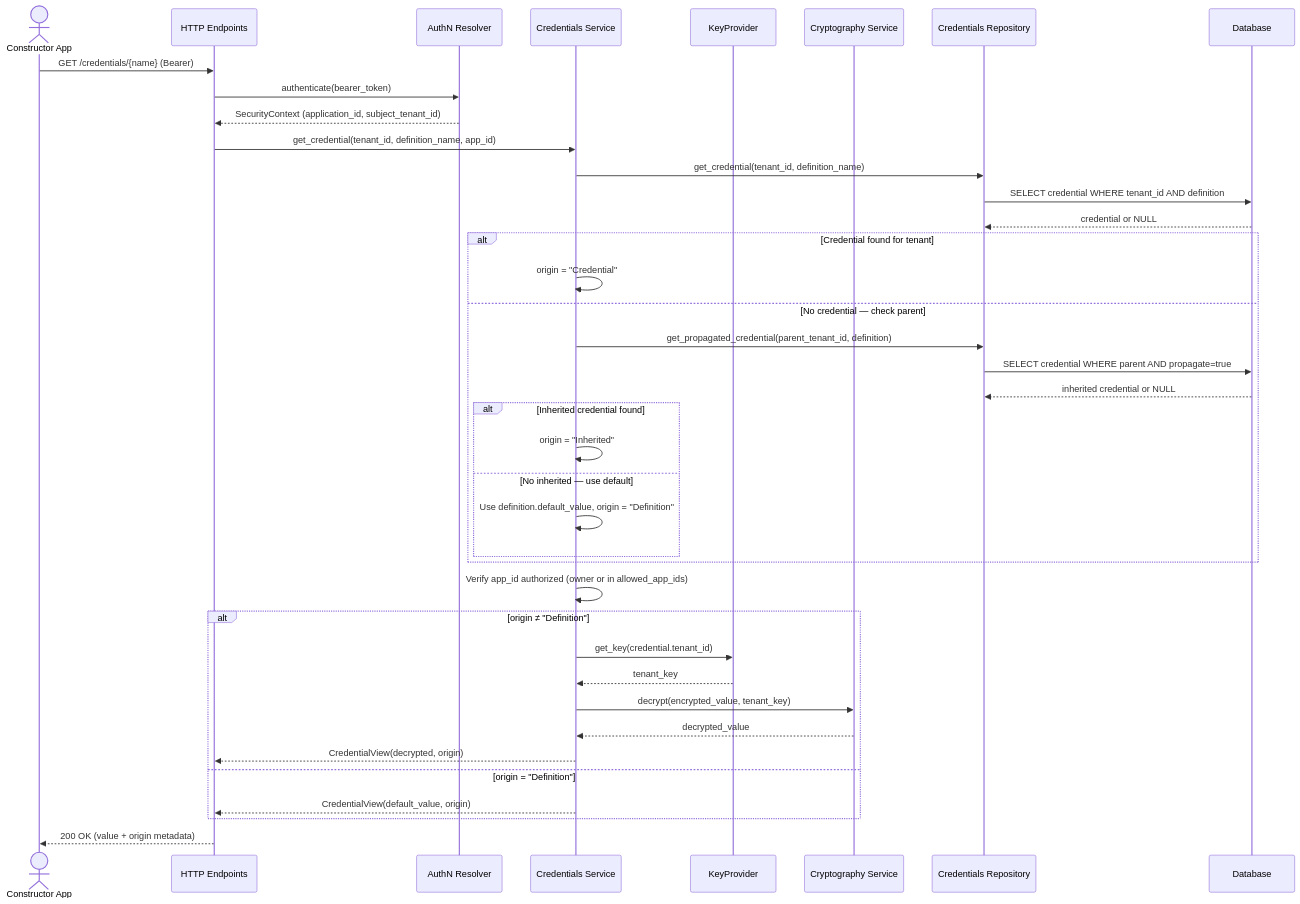
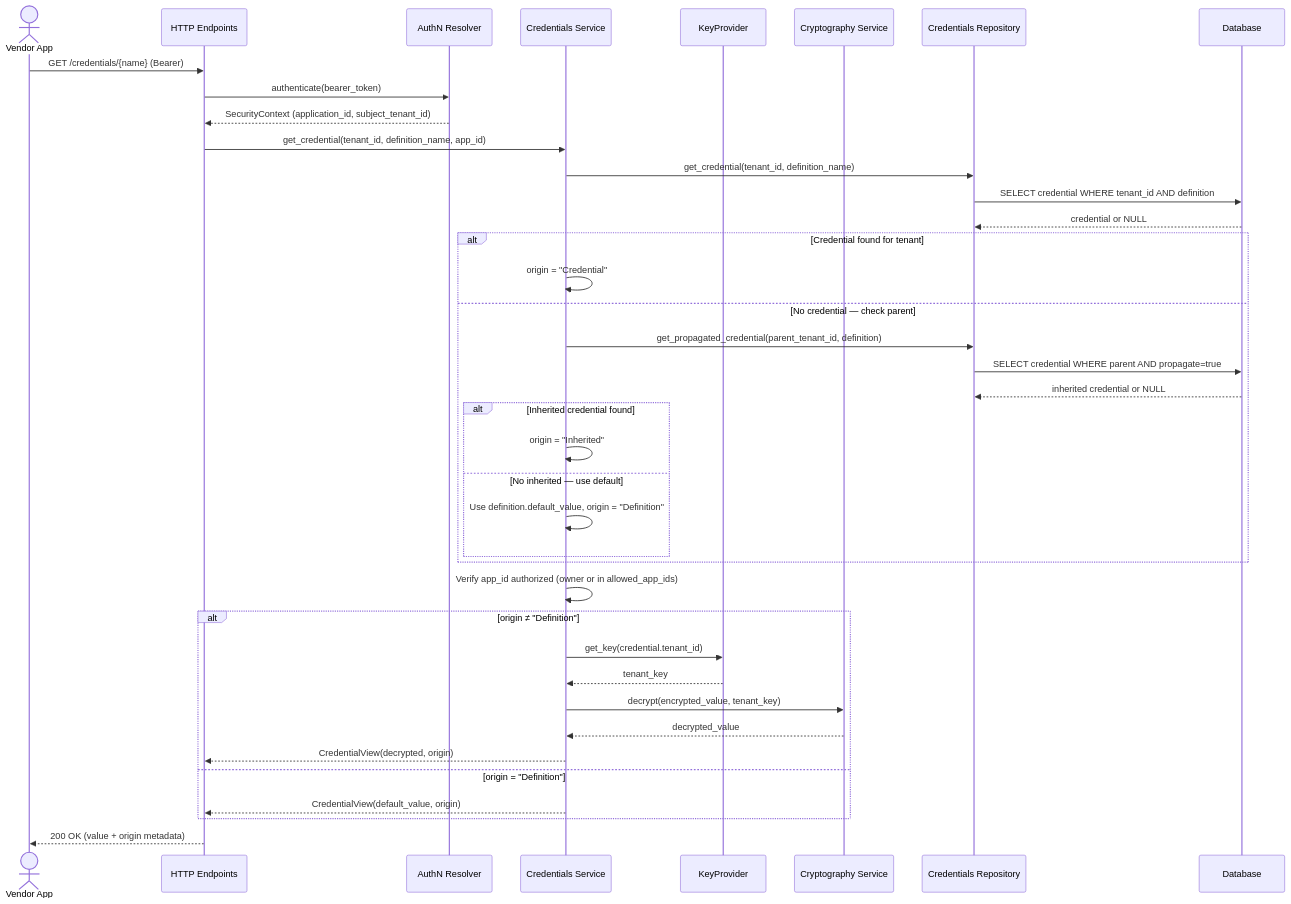
One commit to nullhypothesic/cyberfabric-core changed the third of 4 diagrams in modules/credstore/plugins/credentials-storage/DESIGN.md. Above: the diagram before and after it, drawn with Mermaid. The commit also changed other lines of this file, not shown here.

Commit message:
docs: remove constructor

````diff
--- a/modules/credstore/plugins/credentials-storage/DESIGN.md
+++ b/modules/credstore/plugins/credentials-storage/DESIGN.md
@@ -527,45 +527,45 @@
 ```mermaid
 sequenceDiagram
-    actor App as Constructor App
+    actor App as Vendor App
     participant API as HTTP Endpoints
     participant AuthN as AuthN Resolver
     participant Svc as Credentials Service
     participant KP as KeyProvider
     participant Crypto as Cryptography Service
     participant Repo as Credentials Repository
     participant DB as Database
 
     App->>API: GET /credentials/{name} (Bearer)
     API->>AuthN: authenticate(bearer_token)
     AuthN-->>API: SecurityContext (application_id, subject_tenant_id)
     API->>Svc: get_credential(tenant_id, definition_name, app_id)
     Svc->>Repo: get_credential(tenant_id, definition_name)
     Repo->>DB: SELECT credential WHERE tenant_id AND definition
     DB-->>Repo: credential or NULL
 
     alt Credential found for tenant
         Svc->>Svc: origin = "Credential"
     else No credential — check parent
         Svc->>Repo: get_propagated_credential(parent_tenant_id, definition)
         Repo->>DB: SELECT credential WHERE parent AND propagate=true
         DB-->>Repo: inherited credential or NULL
         alt Inherited credential found
             Svc->>Svc: origin = "Inherited"
         else No inherited — use default
             Svc->>Svc: Use definition.default_value, origin = "Definition"
         end
     end
 
     Svc->>Svc: Verify app_id authorized (owner or in allowed_app_ids)
 
     alt origin ≠ "Definition"
         Svc->>KP: get_key(credential.tenant_id)
         KP-->>Svc: tenant_key
         Svc->>Crypto: decrypt(encrypted_value, tenant_key)
         Crypto-->>Svc: decrypted_value
         Svc-->>API: CredentialView(decrypted, origin)
     else origin = "Definition"
         Svc-->>API: CredentialView(default_value, origin)
     end
     API-->>App: 200 OK (value + origin metadata)
 ```
````
